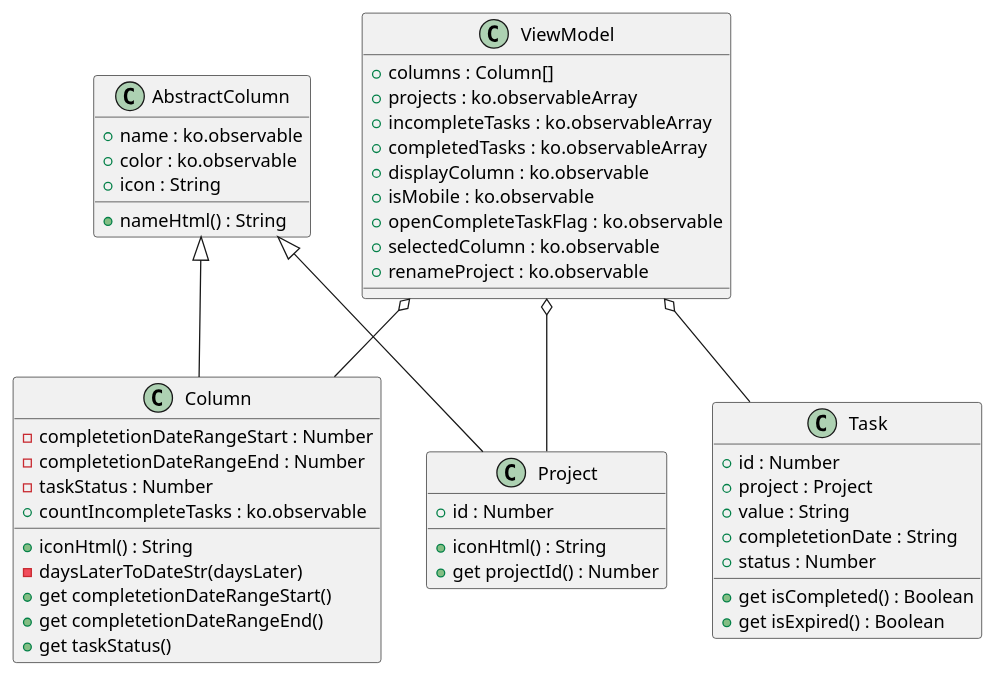
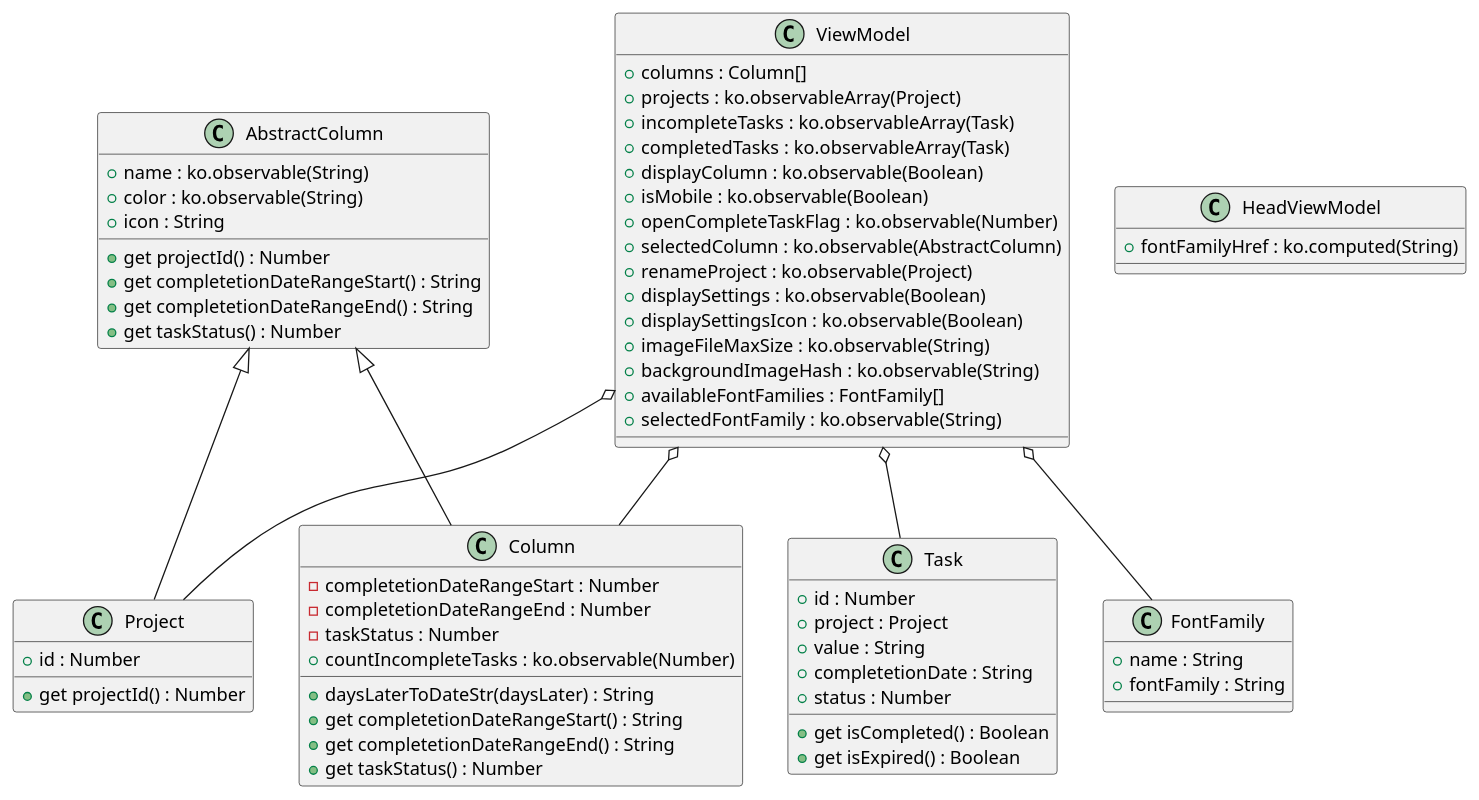
The diagram in todo/class.puml (gtgjpj/todoApp), drawn with PlantUML before and after one commit. The commit also changed 3 other files, not shown here.

Commit message:
2021/11/07時点でのクラス図更新・ER図作成

```diff
--- a/todo/class.puml
+++ b/todo/class.puml
@@ -1,49 +1,71 @@
 @startuml
 class ViewModel {
   +columns : Column[]
-  +projects : ko.observableArray
-  +incompleteTasks : ko.observableArray
-  +completedTasks : ko.observableArray
-  +displayColumn : ko.observable
-  +isMobile : ko.observable
-  +openCompleteTaskFlag : ko.observable
-  +selectedColumn : ko.observable
-  +renameProject : ko.observable
+  {field} +projects : ko.observableArray(Project)
+  {field} +incompleteTasks : ko.observableArray(Task)
+  {field} +completedTasks : ko.observableArray(Task)
+  {field} +displayColumn : ko.observable(Boolean)
+  {field} +isMobile : ko.observable(Boolean)
+  {field} +openCompleteTaskFlag : ko.observable(Number)
+  {field} +selectedColumn : ko.observable(AbstractColumn)
+  {field} +renameProject : ko.observable(Project)
+  {field} +displaySettings : ko.observable(Boolean)
+  {field} +displaySettingsIcon : ko.observable(Boolean)
+  {field} +imageFileMaxSize : ko.observable(String)
+  {field} +backgroundImageHash : ko.observable(String)
+  +availableFontFamilies : FontFamily[]
+  {field} +selectedFontFamily : ko.observable(String)
 }
-ViewModel o-- Project
-ViewModel o-- Column
+
 class AbstractColumn {
-  +name : ko.observable
-  +color : ko.observable
+  {field} +name : ko.observable(String)
+  {field} +color : ko.observable(String)
   +icon : String
-  +nameHtml() : String
+  +get projectId() : Number
+  +get completetionDateRangeStart() : String
+  +get completetionDateRangeEnd() : String
+  +get taskStatus() : Number
 }
+
 class Project {
   +id : Number
-  +iconHtml() : String
   +get projectId() : Number
 }
-AbstractColumn <|-- Project
+
 class Column {
   -completetionDateRangeStart : Number
   -completetionDateRangeEnd : Number
   -taskStatus : Number
-  +countIncompleteTasks : ko.observable
-  +iconHtml() : String
-  -daysLaterToDateStr(daysLater)
-  +get completetionDateRangeStart()
-  +get completetionDateRangeEnd()
-  +get taskStatus()
+  {field} +countIncompleteTasks : ko.observable(Number)
+  +daysLaterToDateStr(daysLater) : String
+  +get completetionDateRangeStart() : String
+  +get completetionDateRangeEnd() : String
+  +get taskStatus() : Number
 }
-AbstractColumn <|-- Column
+
 class Task {
   +id : Number
   +project : Project
   +value : String
   +completetionDate : String
   +status : Number
   +get isCompleted() : Boolean
   +get isExpired() : Boolean
 }
+
+class HeadViewModel {
+  {field} +fontFamilyHref : ko.computed(String)
+}
+
+class FontFamily {
+  +name : String
+  +fontFamily : String
+}
+
+AbstractColumn <|-- Column
+AbstractColumn <|-- Project
+ViewModel o-- Column
+ViewModel o-- Project
 ViewModel o-- Task
+ViewModel o-- FontFamily
 @enduml
```
